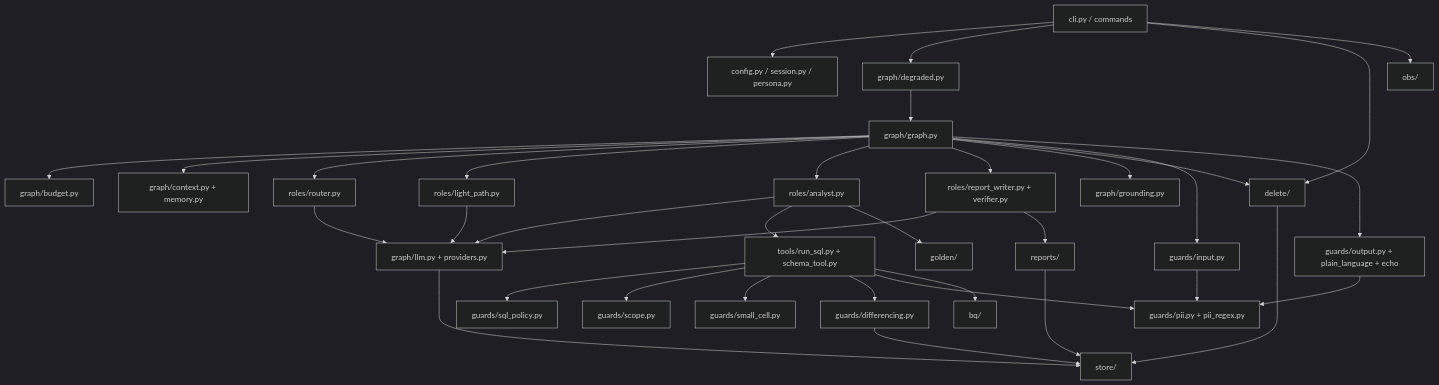
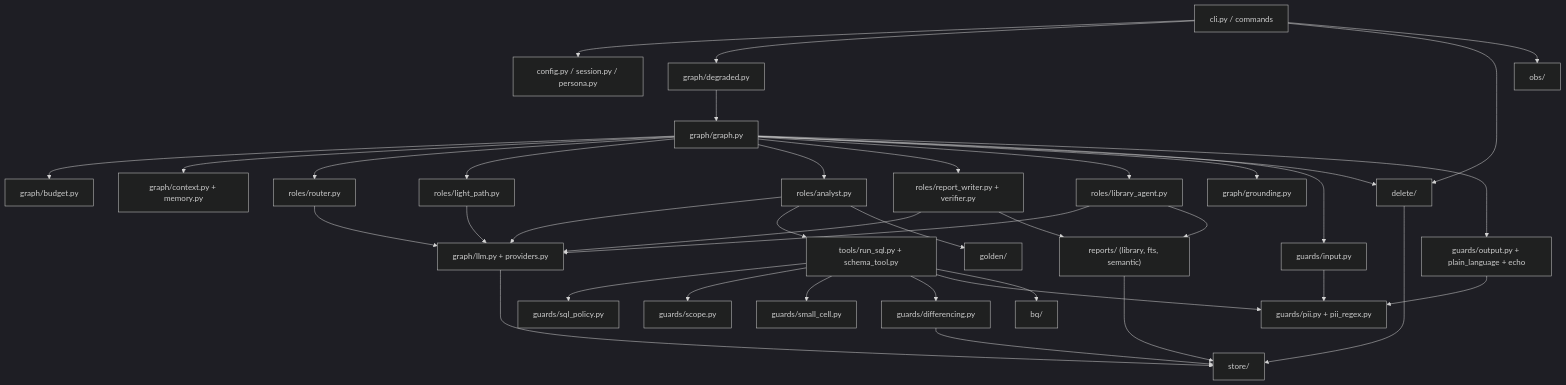
Before and after one commit to Rinat-Arifullin/opsfleet-agent: the fourth of 5 diagrams in README.md, drawn with Mermaid (dark theme). The commit also changed other lines of this file and 3 other files, not shown here.

````diff
--- a/README.md
+++ b/README.md
@@ -212,33 +215,35 @@
 ```mermaid
 flowchart TD
   CLI["cli.py / commands"] --> CFG["config.py / session.py / persona.py"]
   CLI --> DG["graph/degraded.py"]
   CLI --> DEL["delete/"]
   CLI --> OBS["obs/"]
   DG --> G["graph/graph.py"]
   G --> BUD["graph/budget.py"]
   G --> CTX["graph/context.py + memory.py"]
   G --> R["roles/router.py"]
   G --> LP["roles/light_path.py"]
   G --> AN["roles/analyst.py"]
   G --> RW["roles/report_writer.py + verifier.py"]
+  G --> LA["roles/library_agent.py"]
   G --> GR["graph/grounding.py"]
   G --> DEL
   G --> GI["guards/input.py"]
   G --> GO["guards/output.py + plain_language + echo"]
-  R & LP & AN & RW --> LLM["graph/llm.py + providers.py"]
+  R & LP & AN & RW & LA --> LLM["graph/llm.py + providers.py"]
   AN --> T["tools/run_sql.py + schema_tool.py"]
   AN --> GOLD["golden/"]
   T --> SP["guards/sql_policy.py"]
   T --> SC["guards/scope.py"]
   T --> SM["guards/small_cell.py"]
   T --> DF["guards/differencing.py"]
   T --> PII["guards/pii.py + pii_regex.py"]
   T --> BQ["bq/"]
   DF --> ST["store/"]
-  RW --> REP["reports/"]
+  RW --> REP["reports/ (library, fts, semantic)"]
+  LA --> REP
   REP --> ST
   DEL --> ST
   GI & GO --> PII
   LLM --> ST
 ```
````
